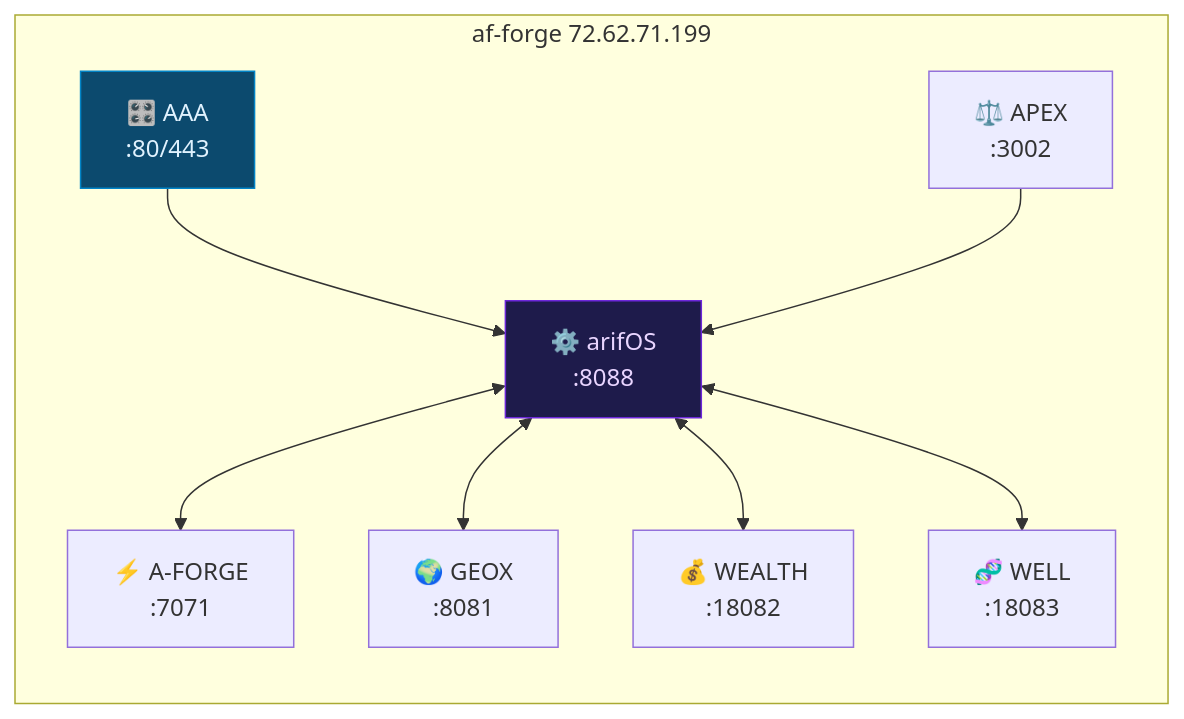
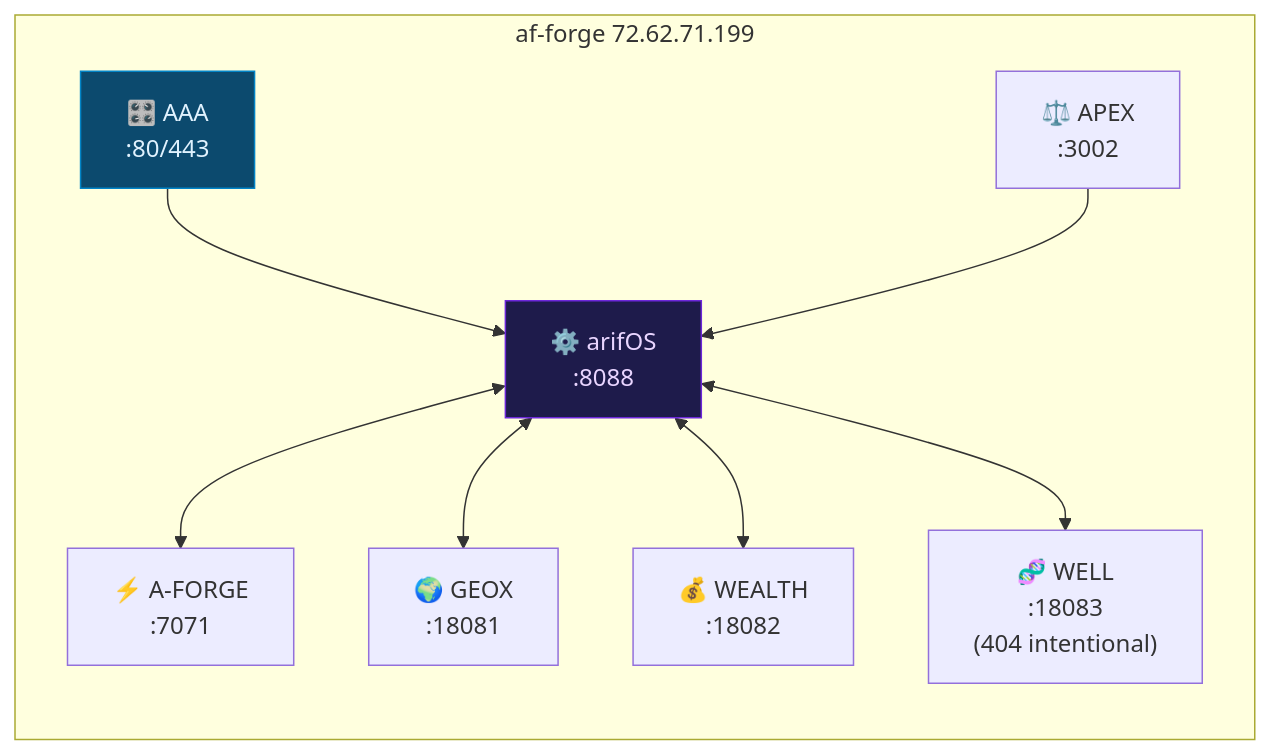
One commit to ariffazil/arifos changed the fifth of 5 diagrams in README.md. Above: the diagram before and after it, drawn with Mermaid. The commit also changed other lines of this file, not shown here.

First line of the commit message:
fix(arifOS): SOT — correct GEOX port, floor names match core/shared/floors.py

````diff
--- a/README.md
+++ b/README.md
@@ -269,22 +269,22 @@
 ```mermaid
 graph LR
     subgraph VPS ["af-forge  72.62.71.199"]
         A["⚙️ arifOS\n:8088"] 
         B["⚡ A-FORGE\n:7071"]
-        C["🌍 GEOX\n:8081"]
+        C["🌍 GEOX\n:18081"]
         D["💰 WEALTH\n:18082"]
-        E["🧬 WELL\n:18083"]
+        E["🧬 WELL\n:18083\n(404 intentional)"]
         F["🎛️ AAA\n:80/443"]
         G["⚖️ APEX\n:3002"]
     end
 
     A <--> B
     A <--> C
     A <--> D
     A <--> E
     F --> A
     G --> A
 
     style A fill:#1e1b4b,stroke:#6d28d9,color:#e9d5ff
     style F fill:#0c4a6e,stroke:#0284c7,color:#e0f2fe
 ```
````
